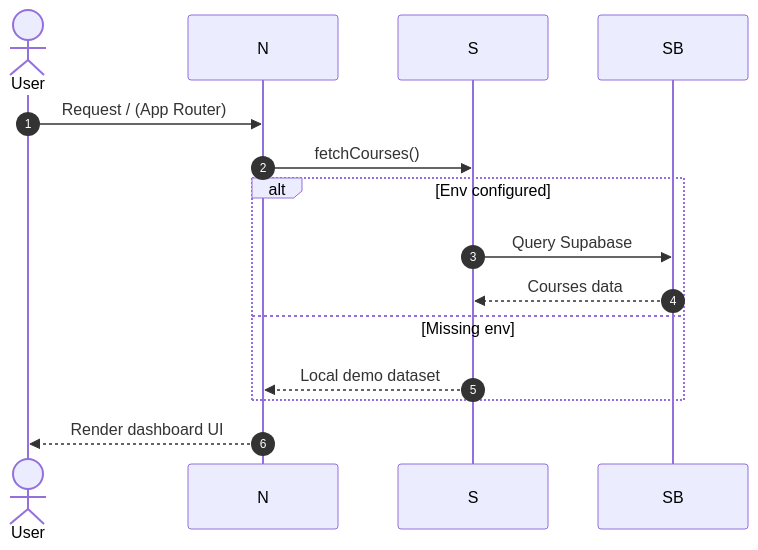
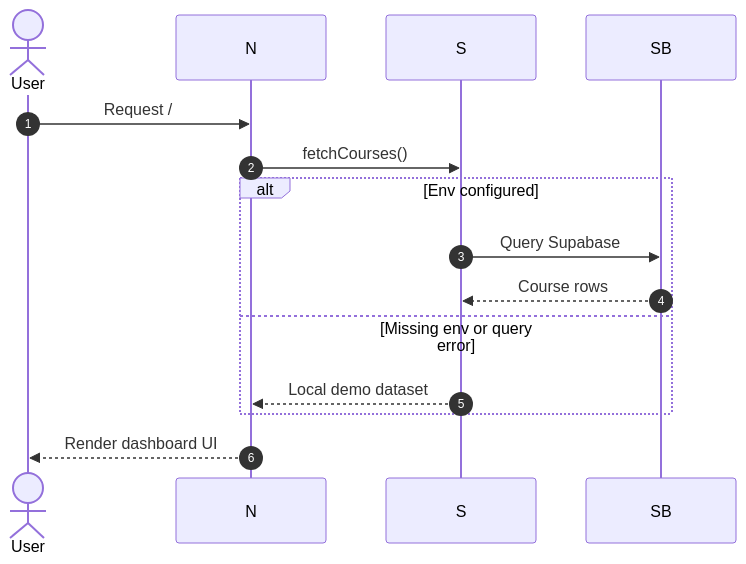
Before and after one commit to yash9359/Next-Gen-Learning-Dashboard: the diagram in README.md, drawn with Mermaid. The commit also changed other lines of this file and 8 other files, not shown here.

````diff
--- a/README.md
+++ b/README.md
@@ -27,14 +104,14 @@
 ```mermaid
 sequenceDiagram
-	autonumber
-	actor U as User
-	U->>N: Request / (App Router)
-	N->>S: fetchCourses()
-	alt Env configured
-		S->>SB: Query Supabase
-		SB-->>S: Courses data
-	else Missing env
-		S-->>N: Local demo dataset
-	end
-	N-->>U: Render dashboard UI
+    autonumber
+    actor U as User
+    U->>N: Request /
+    N->>S: fetchCourses()
+    alt Env configured
+        S->>SB: Query Supabase
+        SB-->>S: Course rows
+    else Missing env or query error
+        S-->>N: Local demo dataset
+    end
+    N-->>U: Render dashboard UI
 ```
````
